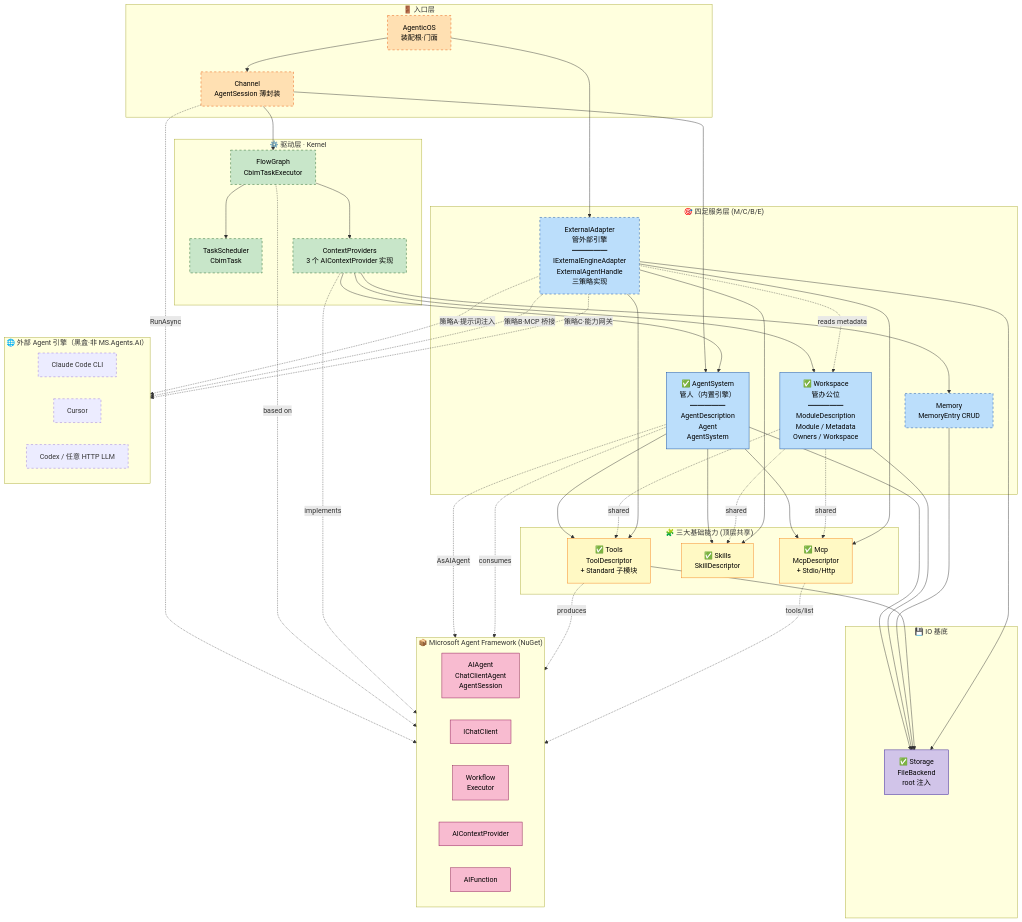
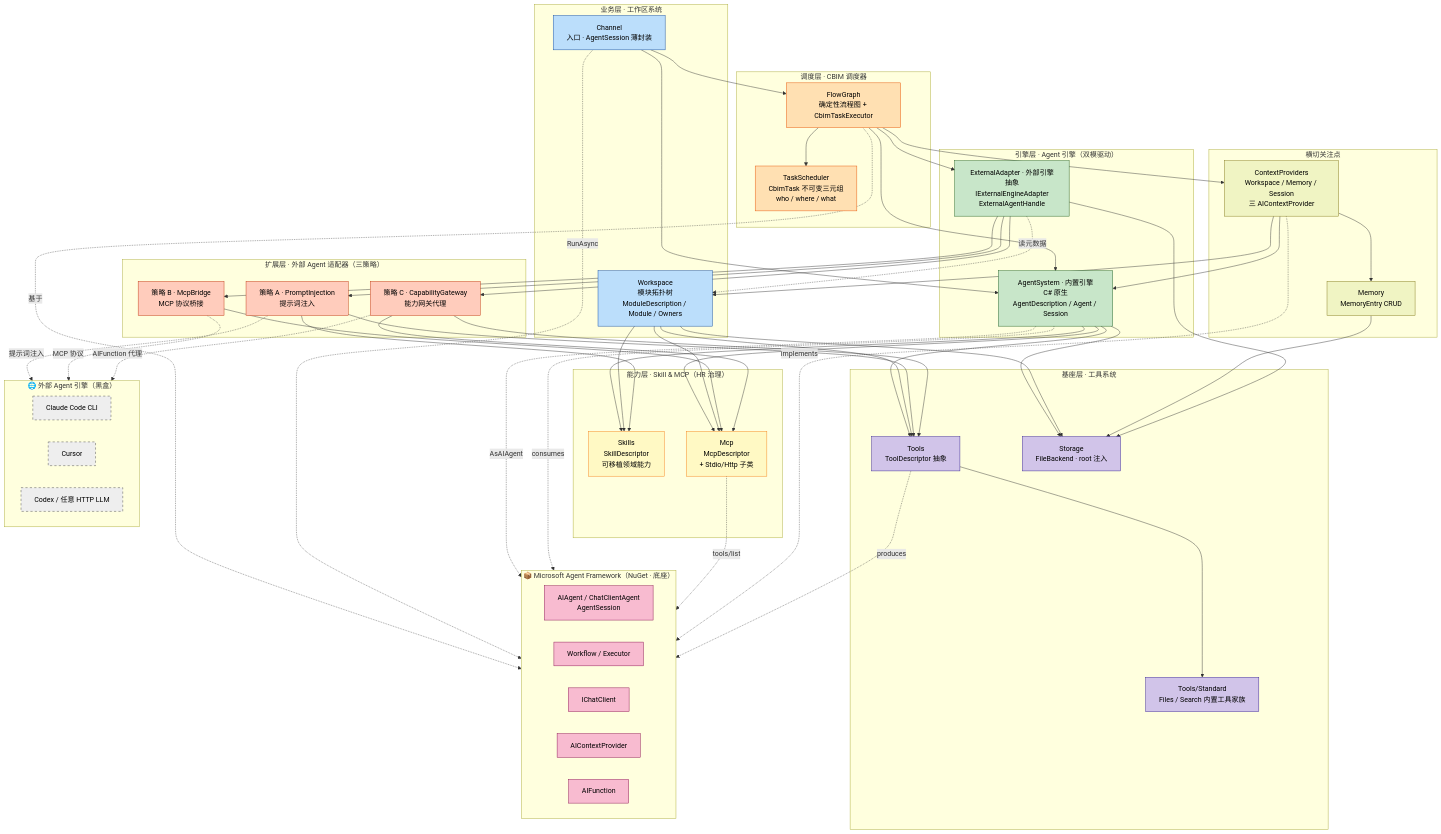
The first of 2 diagrams in v2/cbim/Assets/CBIM/_ARCHITECTURE.md (nan023062/agent-team-cc), drawn with Mermaid before and after one commit. The commit also changed other lines of this file, not shown here.

First line of the commit message:
docs(v2/Assets): rewrite _ARCHITECTURE.md to six-layer architecture

````diff
--- a/v2/cbim/Assets/CBIM/_ARCHITECTURE.md
+++ b/v2/cbim/Assets/CBIM/_ARCHITECTURE.md
@@ -26,114 +46,130 @@
 ```mermaid
 flowchart TB
-    classDef entry fill:#ffe0b2,stroke:#e65100,color:#000
-    classDef driver fill:#c8e6c9,stroke:#1b5e20,color:#000
-    classDef service fill:#bbdefb,stroke:#0d47a1,color:#000
+    classDef scheduling fill:#ffe0b2,stroke:#e65100,color:#000
+    classDef engine fill:#c8e6c9,stroke:#1b5e20,color:#000
+    classDef business fill:#bbdefb,stroke:#0d47a1,color:#000
     classDef capability fill:#fff9c4,stroke:#f57f17,color:#000
-    classDef io fill:#d1c4e9,stroke:#311b92,color:#000
+    classDef foundation fill:#d1c4e9,stroke:#311b92,color:#000
+    classDef extension fill:#ffccbc,stroke:#bf360c,color:#000
     classDef msai fill:#f8bbd0,stroke:#880e4f,color:#000
-    classDef pending stroke-dasharray:5 5
+    classDef external fill:#eeeeee,stroke:#424242,color:#000,stroke-dasharray:5 5
+    classDef cross fill:#f0f4c3,stroke:#827717,color:#000
 
-    subgraph EntryLayer["🚪 入口层"]
-        AOS["AgenticOS<br/>装配根·门面"]
-        CH["Channel<br/>AgentSession 薄封装"]
+    subgraph SchedulingLayer["调度层 · CBIM 调度器"]
+        FG["FlowGraph<br/>确定性流程图 + CbimTaskExecutor"]
+        TS["TaskScheduler<br/>CbimTask 不可变三元组<br/>who / where / what"]
+        FG --> TS
     end
 
-    subgraph DriverLayer["⚙️ 驱动层 · Kernel"]
-        TS["TaskScheduler<br/>CbimTask"]
-        FG["FlowGraph<br/>CbimTaskExecutor"]
-        CP["ContextProviders<br/>3 个 AIContextProvider 实现"]
+    subgraph EngineLayer["引擎层 · Agent 引擎（双模驱动）"]
+        AS["AgentSystem · 内置引擎<br/>C# 原生<br/>AgentDescription / Agent / Session"]
+        EA["ExternalAdapter · 外部引擎抽象<br/>IExternalEngineAdapter<br/>ExternalAgentHandle"]
     end
 
-    subgraph ServiceLayer["🎯 四足服务层 (M/C/B/E)"]
-        MEM["Memory<br/>MemoryEntry CRUD"]
-        AS["✅ AgentSystem<br/>管人（内置引擎）<br/>━━━━━<br/>AgentDescription<br/>Agent<br/>AgentSystem"]
-        WS["✅ Workspace<br/>管办公位<br/>━━━━━<br/>ModuleDescription<br/>Module / Metadata<br/>Owners / Workspace"]
-        EA["ExternalAdapter<br/>管外部引擎<br/>━━━━━<br/>IExternalEngineAdapter<br/>ExternalAgentHandle<br/>三策略实现"]
+    subgraph BusinessLayer["业务层 · 工作区系统"]
+        WS["Workspace<br/>模块拓扑树<br/>ModuleDescription / Module / Owners"]
+        CH["Channel<br/>入口 · AgentSession 薄封装"]
     end
 
-    subgraph CapabilityLayer["🧩 三大基础能力 (顶层共享)"]
-        T["✅ Tools<br/>ToolDescriptor<br/>+ Standard 子模块"]
-        SK["✅ Skills<br/>SkillDescriptor"]
-        MCP["✅ Mcp<br/>McpDescriptor<br/>+ Stdio/Http"]
+    subgraph CapabilityLayer["能力层 · Skill & MCP（HR 治理）"]
+        SK["Skills<br/>SkillDescriptor<br/>可移植领域能力"]
+        MCP["Mcp<br/>McpDescriptor<br/>+ Stdio/Http 子类"]
     end
 
-    subgraph IOLayer["💾 IO 基底"]
-        STG["✅ Storage<br/>FileBackend<br/>root 注入"]
+    subgraph FoundationLayer["基座层 · 工具系统"]
+        T["Tools<br/>ToolDescriptor 抽象"]
+        TSTD["Tools/Standard<br/>Files / Search 内置工具家族"]
+        STG["Storage<br/>FileBackend · root 注入"]
+        T --> TSTD
     end
 
-    subgraph MSAI["📦 Microsoft Agent Framework (NuGet)"]
+    subgraph ExtensionLayer["扩展层 · 外部 Agent 适配器（三策略）"]
+        SA["策略 A · PromptInjection<br/>提示词注入"]
+        SB["策略 B · McpBridge<br/>MCP 协议桥接"]
+        SC["策略 C · CapabilityGateway<br/>能力网关代理"]
+    end
+
+    subgraph CrossCutting["横切关注点"]
+        MEM["Memory<br/>MemoryEntry CRUD"]
+        CP["ContextProviders<br/>Workspace / Memory / Session<br/>三 AIContextProvider"]
+    end
+
+    subgraph MSAI["📦 Microsoft Agent Framework（NuGet · 底座）"]
         direction LR
-        MSAgent["AIAgent<br/>ChatClientAgent<br/>AgentSession"]
+        MSAgent["AIAgent / ChatClientAgent<br/>AgentSession"]
+        MSWF["Workflow / Executor"]
         MSChat["IChatClient"]
-        MSWF["Workflow<br/>Executor"]
         MSCP["AIContextProvider"]
         MSFn["AIFunction"]
     end
 
-    subgraph ExternalEngines["🌐 外部 Agent 引擎（黑盒·非 MS.Agents.AI）"]
+    subgraph ExternalEngines["🌐 外部 Agent 引擎（黑盒）"]
         direction LR
         EXT_CC["Claude Code CLI"]
         EXT_CUR["Cursor"]
         EXT_COD["Codex / 任意 HTTP LLM"]
     end
 
-    %% Entry → Driver / Service
-    AOS --> CH
-    AOS --> EA
+    %% 调度层 → 引擎层
+    FG --> AS
+    FG --> EA
+    FG --> CP
+    FG -.基于.-> MSWF
+
+    %% 业务层 → 调度层 / 引擎层
+    CH --> FG
     CH --> AS
-    CH --> FG
     CH -.RunAsync.-> MSAgent
 
-    %% Driver internals
-    FG --> TS
-    FG --> CP
-    FG -.based on.-> MSWF
-
-    %% ContextProviders → Services
-    CP --> MEM
-    CP --> AS
-    CP --> WS
-    CP -.implements.-> MSCP
-
-    %% AgentSystem 引用三大基础能力
-    AS --> T
+    %% 引擎层 → 能力层 + 基座层
     AS --> SK
     AS --> MCP
+    AS --> T
+    AS --> STG
     AS -.AsAIAgent.-> MSAgent
     AS -.consumes.-> MSChat
 
-    %% Workspace 跨维度引用三大基础能力（与 AgentSystem 平等）
-    WS -.shared.-> T
-    WS -.shared.-> SK
-    WS -.shared.-> MCP
+    %% 业务层 → 能力层 + 基座层
+    WS --> SK
+    WS --> MCP
+    WS --> T
+    WS --> STG
 
-    %% 基础能力 → MS framework
+    %% 能力层 / 基座层 → Microsoft
     T -.produces.-> MSFn
     MCP -.tools/list.-> MSFn
 
-    %% 服务层 → Storage
-    AS --> STG
-    WS --> STG
+    %% 横切：ContextProviders 跨层注入
+    CP --> WS
+    CP --> AS
+    CP --> MEM
+    CP -.implements.-> MSCP
     MEM --> STG
-    T --> STG
 
-    %% ExternalAdapter 跨维度引用三大基础能力 + Workspace（只读）
-    EA --> SK
-    EA --> T
-    EA --> MCP
-    EA -.reads metadata.-> WS
+    %% 扩展层（基于引擎层 ExternalAdapter）→ 三策略适配外部引擎
+    EA --> SA
+    EA --> SB
+    EA --> SC
+    SA --> SK
+    SA --> T
+    SB --> MCP
+    SC --> T
+    SC --> MCP
+    EA -.读元数据.-> WS
     EA --> STG
 
-    %% ExternalAdapter → 外部引擎（三策略·全部虚线 = 协议/进程边界）
-    EA -.策略A·提示词注入.-> EXT_CC
-    EA -.策略B·MCP 桥接.-> EXT_CUR
-    EA -.策略C·能力网关.-> EXT_COD
+    %% 扩展层 → 外部引擎进程（虚线 = 协议/进程边界）
+    SA -.提示词注入.-> EXT_CC
+    SB -.MCP 协议.-> EXT_CUR
+    SC -.AIFunction 代理.-> EXT_COD
 
-    class AOS,CH entry
-    class TS,FG,CP driver
-    class AS,WS,MEM,EA service
-    class T,SK,MCP capability
-    class STG io
+    class FG,TS scheduling
+    class AS,EA engine
+    class WS,CH business
+    class SK,MCP capability
+    class T,TSTD,STG foundation
+    class SA,SB,SC extension
+    class MEM,CP cross
     class MSAgent,MSChat,MSWF,MSCP,MSFn msai
-    class EXT_CC,EXT_CUR,EXT_COD,TS,FG,CP,AOS,CH,MEM,EA pending
+    class EXT_CC,EXT_CUR,EXT_COD external
 ```
````
